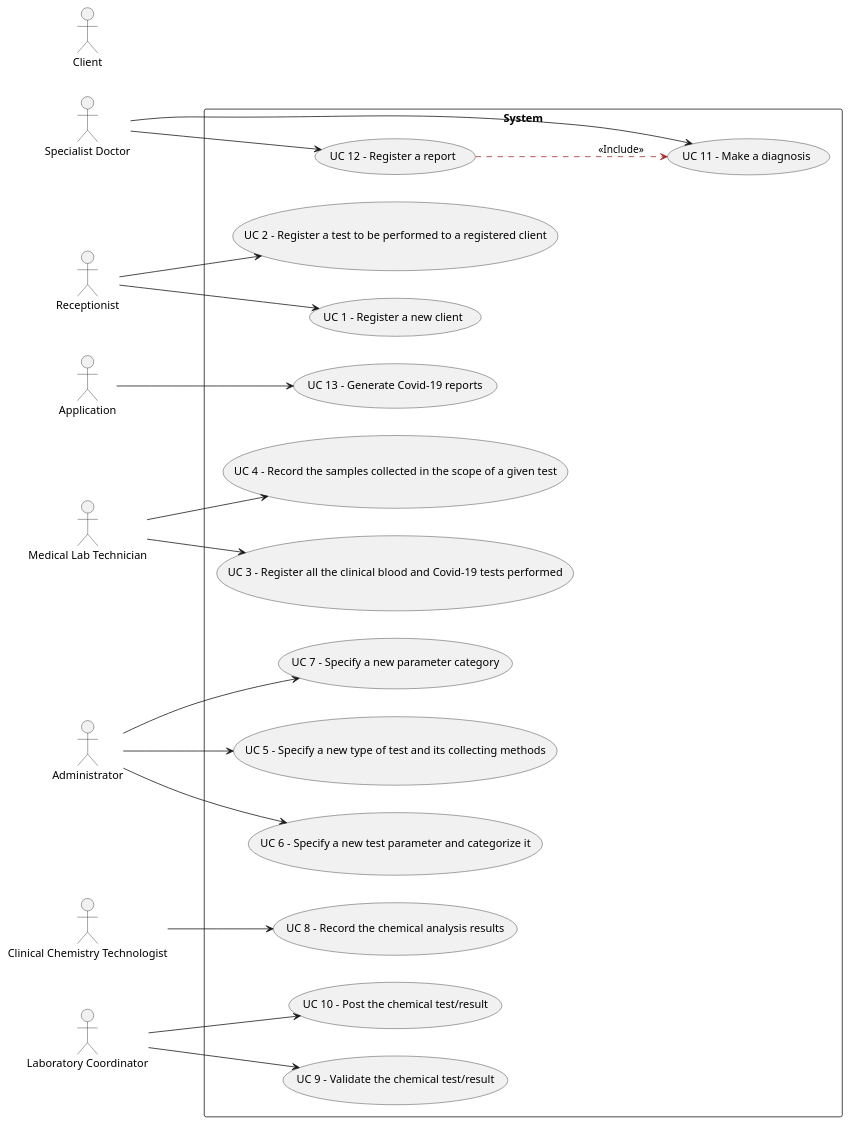
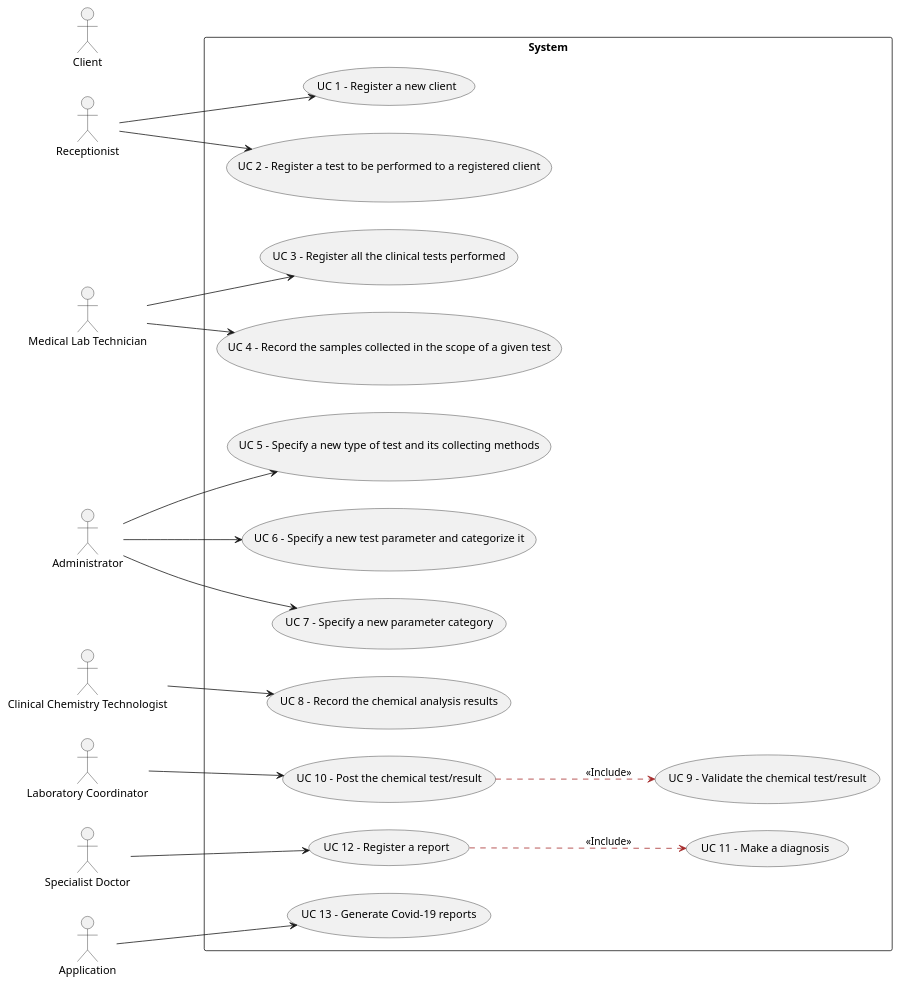
One commit to ana-albergaria/LAPR2-ISEP changed the diagram in docs/SprintA/Use Case Diagram.puml. Above: the diagram before and after it, drawn with PlantUML. The commit also changed 3 other files, not shown here.

```diff
--- a/docs/SprintA/Use Case Diagram.puml
+++ b/docs/SprintA/Use Case Diagram.puml
@@ -1,34 +1,33 @@
 @startuml
 
 left to right direction
 skinparam packageStyle rectangle
 actor Receptionist
 actor "Medical Lab Technician" as MLT
 actor Administrator
 actor "Clinical Chemistry Technologist" as CCT
 actor "Laboratory Coordinator" as LC
 actor "Specialist Doctor" as SD
 actor Client
 actor Application
 
 
 
 rectangle System {
 Receptionist --> (UC 1 - Register a new client)
 Receptionist --> (UC 2 - Register a test to be performed to a registered client)
-MLT --> (UC 3 - Register all the clinical blood and Covid-19 tests performed)
+MLT --> (UC 3 - Register all the clinical tests performed)
 MLT --> (UC 4 - Record the samples collected in the scope of a given test)
 CCT --> (UC 8 - Record the chemical analysis results)
 Administrator --> (UC 5 - Specify a new type of test and its collecting methods)
 Administrator --> (UC 6 - Specify a new test parameter and categorize it)
 Administrator --> (UC 7 - Specify a new parameter category)
-SD --> (UC 11 - Make a diagnosis)
 SD --> (UC 12 - Register a report)
-LC --> (UC 9 - Validate the chemical test/result)
 LC --> (UC 10 - Post the chemical test/result)
+(UC 10 - Post the chemical test/result) --> (UC 9 - Validate the chemical test/result) #brown;line.dashed;text:black : <<Include>>
 Application --> (UC 13 - Generate Covid-19 reports)
 (UC 12 - Register a report) --> (UC 11 - Make a diagnosis) #brown;line.dashed;text:black : <<Include>>
 }
 
 
 @enduml
```
